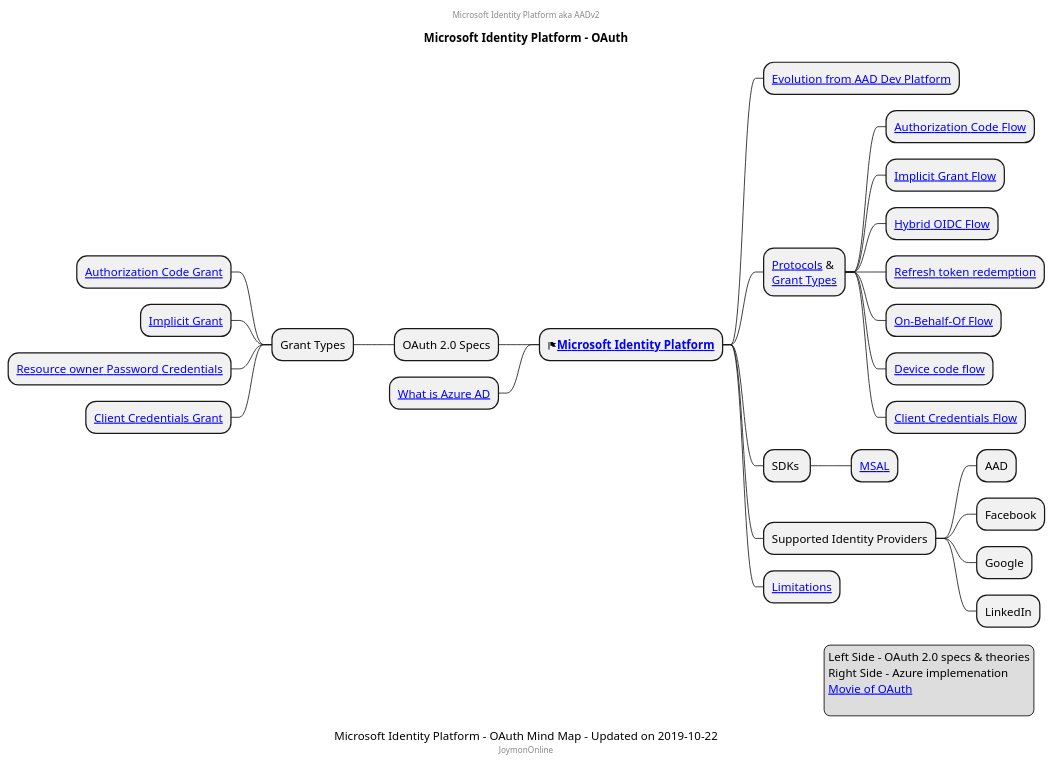
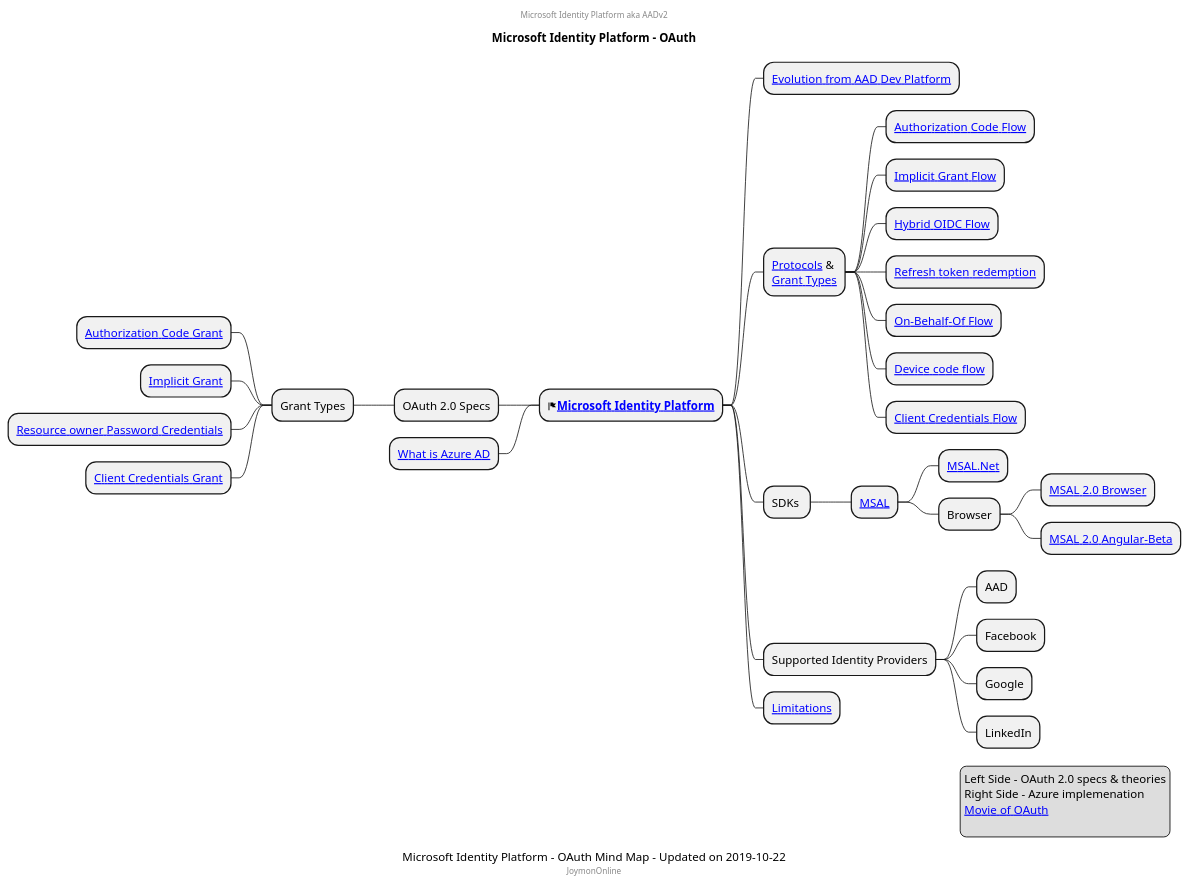
One commit to mind-maps/software changed the diagram in cloud/Azure/microsoft-identity-platform-oauth.puml. Above: the diagram before and after it, drawn with PlantUML.

Commit message:
Added MSAL.js reference

```diff
--- a/cloud/Azure/microsoft-identity-platform-oauth.puml
+++ b/cloud/Azure/microsoft-identity-platform-oauth.puml
@@ -1,43 +1,47 @@
 @startmindmap
 caption Microsoft Identity Platform - OAuth Mind Map - Updated on 2019-10-22
 title Microsoft Identity Platform - OAuth
 center header
 Microsoft Identity Platform aka AADv2
 endheader
 
 * <&flag><b>[[https://docs.microsoft.com/en-us/azure/active-directory/develop/ Microsoft Identity Platform]]</b>
 ** [[https://docs.microsoft.com/en-us/azure/active-directory/develop/about-microsoft-identity-platform Evolution from AAD Dev Platform]]
 ** [[https://docs.microsoft.com/en-us/azure/active-directory/develop/active-directory-v2-protocols Protocols]] & \n[[https://docs.microsoft.com/en-us/azure/active-directory/develop/authentication-scenarios Grant Types]]
 *** [[https://docs.microsoft.com/en-us/azure/active-directory/develop/v2-oauth2-auth-code-flow Authorization Code Flow]]
 *** [[https://docs.microsoft.com/en-us/azure/active-directory/develop/v2-oauth2-implicit-grant-flow Implicit Grant Flow]]
 *** [[https://docs.microsoft.com/en-us/azure/active-directory/develop/v2-protocols-oidc#get-access-tokens Hybrid OIDC Flow]]
 *** [[https://docs.microsoft.com/en-us/azure/active-directory/develop/v2-oauth2-auth-code-flow#refresh-the-access-token Refresh token redemption]]
 *** [[https://docs.microsoft.com/en-us/azure/active-directory/develop/v2-oauth2-on-behalf-of-flow On-Behalf-Of Flow]]
 *** [[https://docs.microsoft.com/en-us/azure/active-directory/develop/v2-oauth2-device-code Device code flow]]
 *** [[https://docs.microsoft.com/en-us/azure/active-directory/develop/v2-oauth2-client-creds-grant-flow Client Credentials Flow]]
 ** SDKs 
 *** [[https://docs.microsoft.com/en-us/azure/active-directory/develop/reference-v2-libraries MSAL]]
+**** [[https://github.com/AzureAD/microsoft-authentication-library-for-dotnet MSAL.Net]]
+**** Browser
+***** [[https://github.com/AzureAD/microsoft-authentication-library-for-js/tree/dev/lib/msal-browser MSAL 2.0 Browser]]
+***** [[https://github.com/AzureAD/microsoft-authentication-library-for-js/tree/dev/lib/msal-angular MSAL 2.0 Angular-Beta]]
 ** Supported Identity Providers
 *** AAD
 *** Facebook
 *** Google
 *** LinkedIn
 ** [[https://docs.microsoft.com/en-us/azure/active-directory/develop/azure-ad-endpoint-comparison#limitations Limitations]]
 left side
 ** OAuth 2.0 Specs
 *** Grant Types
 **** [[https://tools.ietf.org/html/rfc6749#page-24 Authorization Code Grant]]
 **** [[https://tools.ietf.org/html/rfc6749#page-31 Implicit Grant]]
 **** [[https://tools.ietf.org/html/rfc6749#page-37 Resource owner Password Credentials]]
 **** [[https://tools.ietf.org/html/rfc6749#page-40 Client Credentials Grant]]
 ** [[https://docs.microsoft.com/en-us/azure/active-directory/fundamentals/active-directory-whatis What is Azure AD]]
 center footer JoymonOnline
 
 legend right
   Left Side - OAuth 2.0 specs & theories
   Right Side - Azure implemenation
   [[https://medium.com/@darutk/diagrams-and-movies-of-all-the-oauth-2-0-flows-194f3c3ade85 Movie of OAuth]]
   
 endlegend
 
 @endmindmap
```
